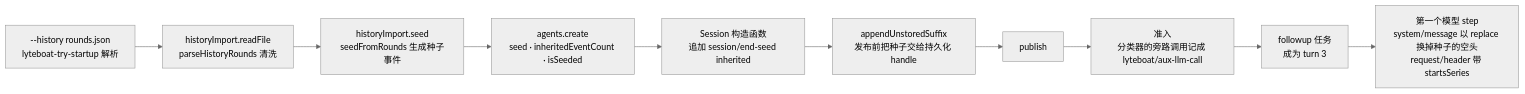
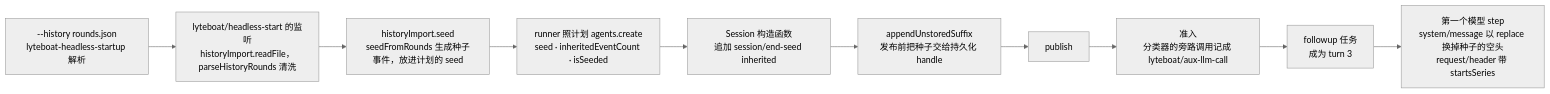
One commit to lyteboat/lyteboat changed diagram 11 of 11 in docs/01-architecture.md. Above: the diagram before and after it, drawn with Mermaid (neutral theme). The commit also changed other lines of this file and 13 other files, not shown here.

````diff
--- a/docs/01-architecture.md
+++ b/docs/01-architecture.md
@@ -1146,12 +1203,12 @@
 ```mermaid
 flowchart LR
-  arg["--history rounds.json<br/>lyteboat-try-startup 解析"] --> rf["historyImport.readFile<br/>parseHistoryRounds 清洗"]
-  rf --> sd["historyImport.seed<br/>seedFromRounds 生成种子事件"]
-  sd --> cr["agents.create<br/>seed · inheritedEventCount · isSeeded"]
+  arg["--history rounds.json<br/>lyteboat-headless-startup 解析"] --> rf["lyteboat/headless-start 的监听<br/>historyImport.readFile，parseHistoryRounds 清洗"]
+  rf --> sd["historyImport.seed<br/>seedFromRounds 生成种子事件，放进计划的 seed"]
+  sd --> cr["runner 照计划 agents.create<br/>seed · inheritedEventCount · isSeeded"]
   cr --> es["Session 构造函数<br/>追加 session/end-seed inherited"]
   es --> st["appendUnstoredSuffix<br/>发布前把种子交给持久化 handle"]
   st --> pub["publish"]
   pub --> adm["准入<br/>分类器的旁路调用记成 lyteboat/aux-llm-call"]
   adm --> task["followup 任务<br/>成为 turn 3"]
   task --> rep["第一个模型 step<br/>system/message 以 replace 换掉种子的空头<br/>request/header 带 startsSeries"]
 ```
````
